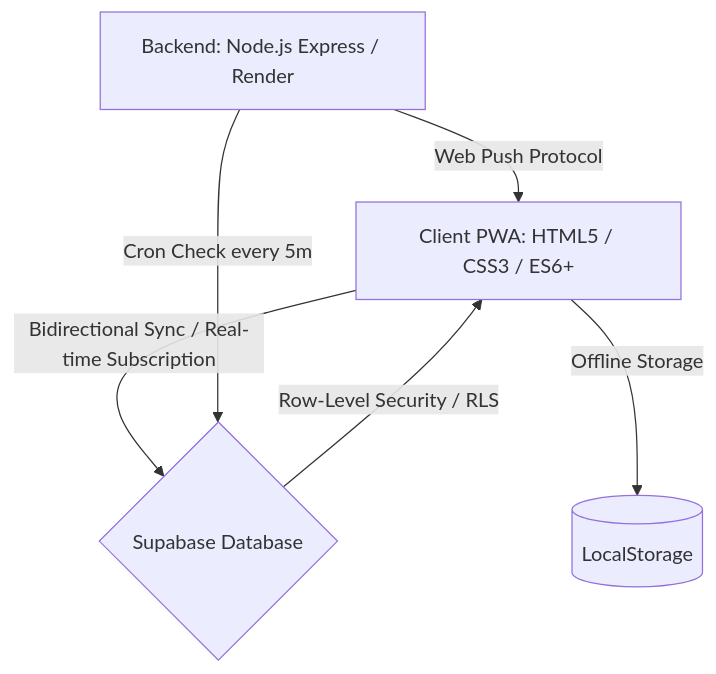
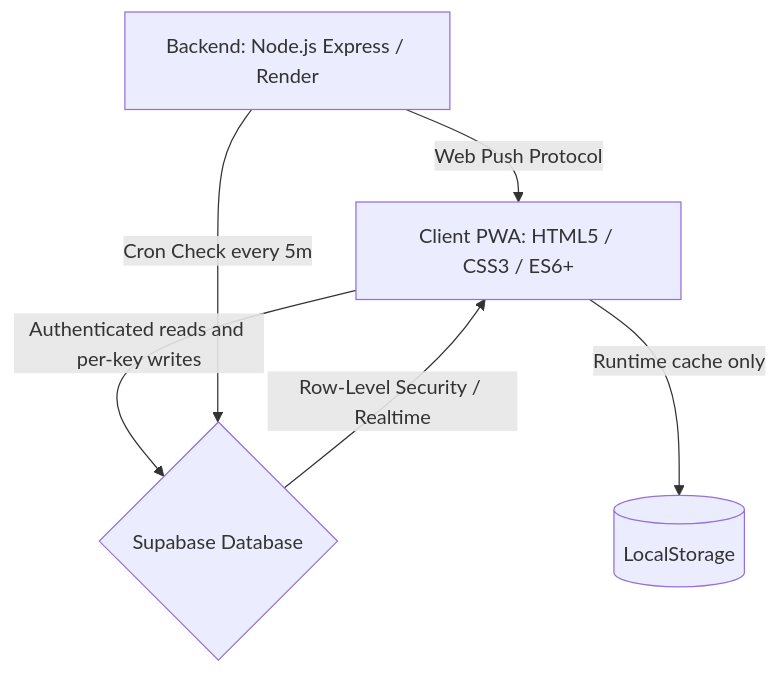
Before and after one commit to Fabriziococca/LifeCycle: the diagram in README.md, drawn with Mermaid. The commit also changed other lines of this file and 17 other files, not shown here.

````diff
--- a/README.md
+++ b/README.md
@@ -11,8 +11,8 @@
 ```mermaid
 graph TD
-    Client[Client PWA: HTML5 / CSS3 / ES6+] -->|Offline Storage| LS[(LocalStorage)]
-    Client -->|Bidirectional Sync / Real-time Subscription| Supabase{Supabase Database}
-    Supabase -->|Row-Level Security / RLS| Client
+    Client[Client PWA: HTML5 / CSS3 / ES6+] -->|Authenticated reads and per-key writes| Supabase{Supabase Database}
+    Supabase -->|Row-Level Security / Realtime| Client
+    Client -->|Runtime cache only| LS[(LocalStorage)]
     Server[Backend: Node.js Express / Render] -->|Cron Check every 5m| Supabase
     Server -->|Web Push Protocol| Client
 ```
````
